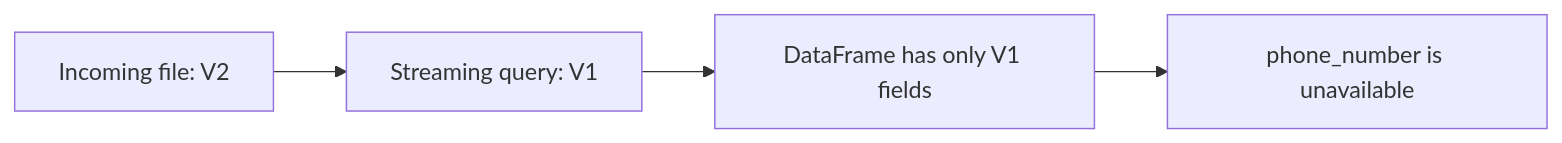
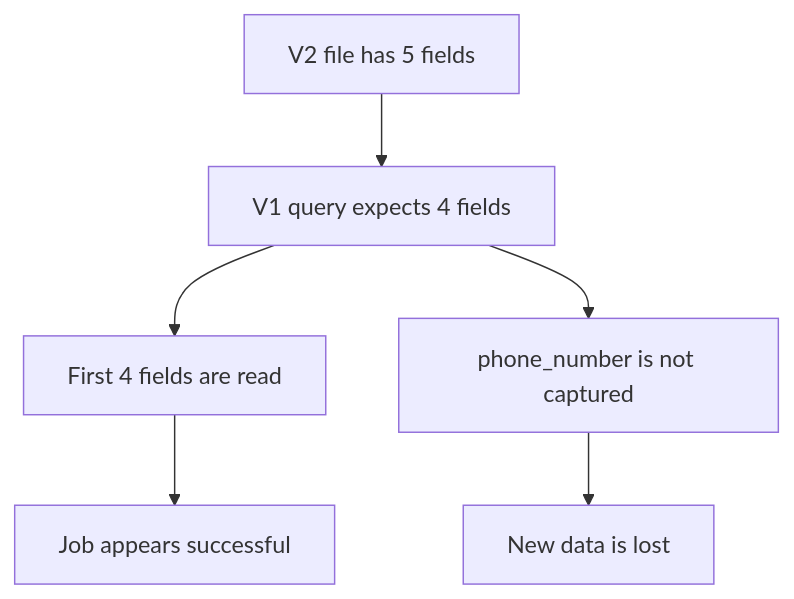
One commit to tg117official/databricks-hands-on-tg117-pst changed the fifth of 15 diagrams in 03_file_based_ingestion/session_4/customer_schema_evolution/customer_schema_evolution_notes.md. Above: the diagram before and after it, drawn with Mermaid. The commit also changed other lines of this file and 4 other files, not shown here.

Commit message:
added schema evolution scenarios problem solution approach

````diff
--- a/03_file_based_ingestion/session_4/customer_schema_evolution/customer_schema_evolution_notes.md
+++ b/03_file_based_ingestion/session_4/customer_schema_evolution/customer_schema_evolution_notes.md
@@ -413,6 +266,8 @@
 ```mermaid
-flowchart LR
-    A[Incoming file: V2] --> B[Streaming query: V1]
-    B --> C[DataFrame has only V1 fields]
-    C --> D[phone_number is unavailable]
+flowchart TD
+    A[V2 file has 5 fields] --> B[V1 query expects 4 fields]
+    B --> C[First 4 fields are read]
+    B --> D[phone_number is not captured]
+    C --> E[Job appears successful]
+    D --> F[New data is lost]
 ```
````
